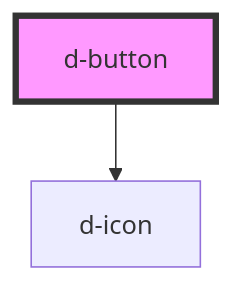
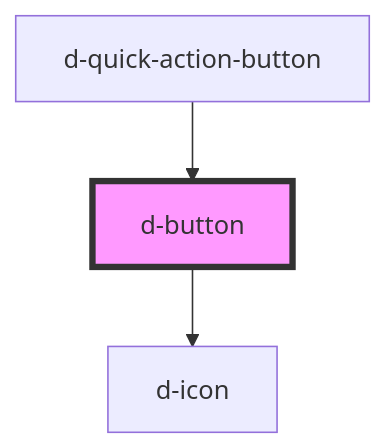
One commit to dynamic-framework/dynamic-ui changed the diagram in libraries/dynamic-ui/src/components/d-button/readme.md. Above: the diagram before and after it, drawn with Mermaid. The commit also changed other lines of this file and 26 other files, not shown here.

Commit message:
feat: update quick-action-select and quick-action-button name

````diff
--- a/libraries/dynamic-ui/src/components/d-button/readme.md
+++ b/libraries/dynamic-ui/src/components/d-button/readme.md
@@ -44,5 +48,6 @@
 ```mermaid
 graph TD;
   d-button --> d-icon
+  d-quick-action-button --> d-button
   style d-button fill:#f9f,stroke:#333,stroke-width:4px
 ```
````
